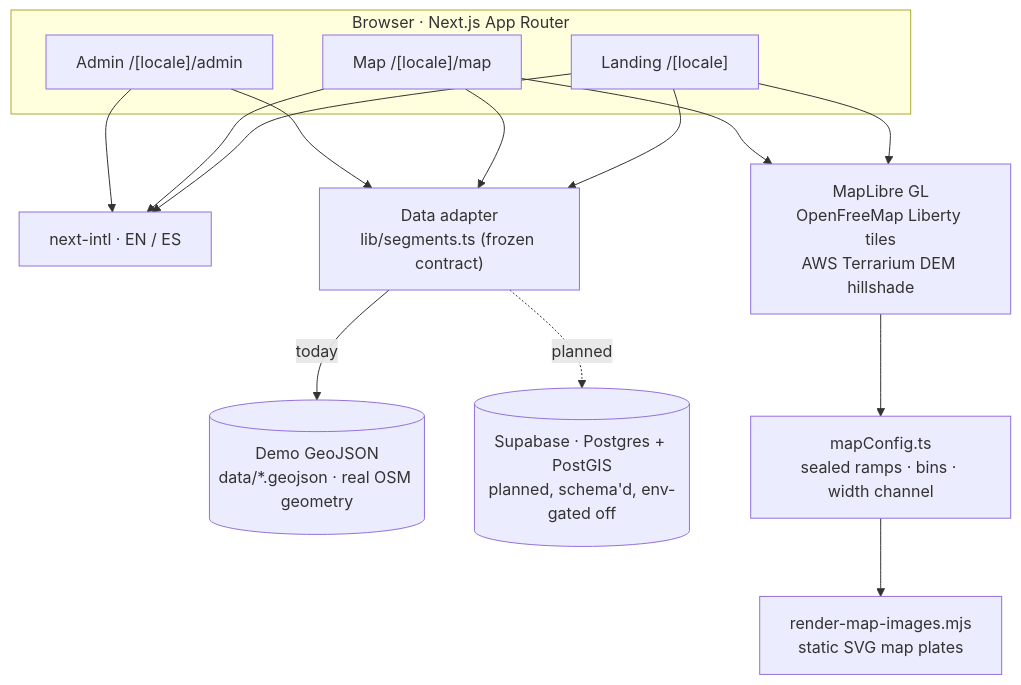
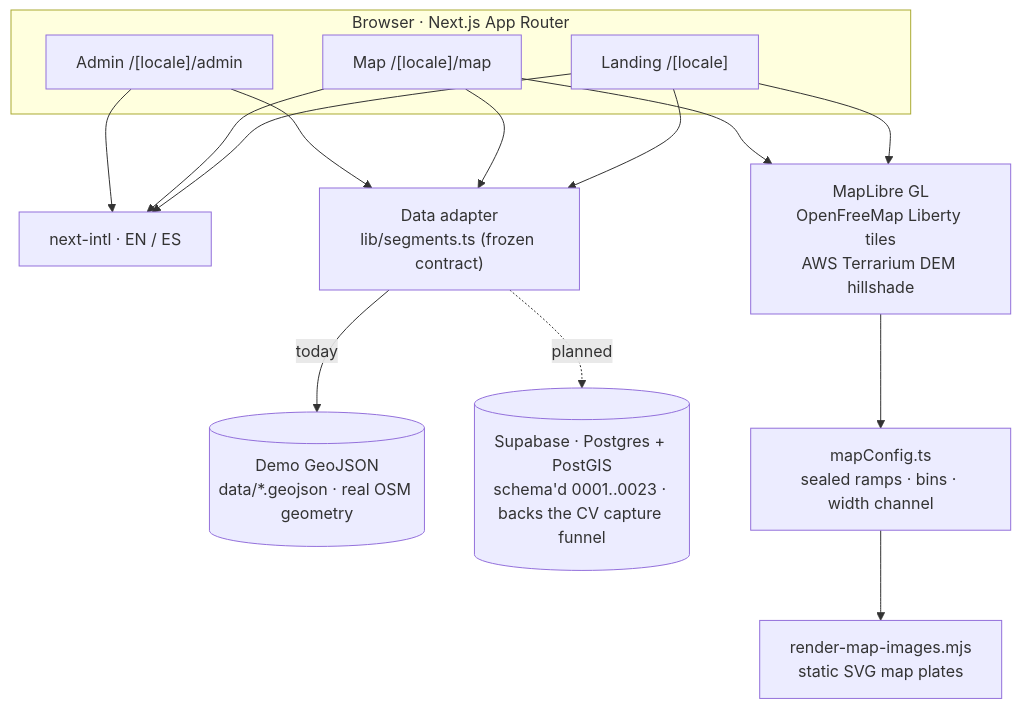
The diagram in README.md (gianluca-fonseca/streetlens), drawn with Mermaid before and after one commit. The commit also changed other lines of this file, not shown here.

First line of the commit message:
docs(readme): sweep stale pre-funnel claims

````diff
--- a/README.md
+++ b/README.md
@@ -105,29 +105,29 @@
 ```mermaid
 flowchart TB
   subgraph client["Browser · Next.js App Router"]
     L["Landing /[locale]"]
     M["Map /[locale]/map"]
     A["Admin /[locale]/admin"]
   end
 
   I["next-intl · EN / ES"]
   ADP["Data adapter<br/>lib/segments.ts (frozen contract)"]
   DEMO[("Demo GeoJSON<br/>data/*.geojson · real OSM geometry")]
-  SB[("Supabase · Postgres + PostGIS<br/>planned, schema'd, env-gated off")]
+  SB[("Supabase · Postgres + PostGIS<br/>schema'd 0001..0023 · backs the CV capture funnel")]
   MAP["MapLibre GL<br/>OpenFreeMap Liberty tiles<br/>AWS Terrarium DEM hillshade"]
   CFG["mapConfig.ts<br/>sealed ramps · bins · width channel"]
   RENDER["render-map-images.mjs<br/>static SVG map plates"]
 
   L --> I
   M --> I
   A --> I
   L --> ADP
   M --> ADP
   A --> ADP
   ADP -->|today| DEMO
   ADP -.->|planned| SB
   L --> MAP
   M --> MAP
   MAP --> CFG
   CFG --> RENDER
 ```
````
